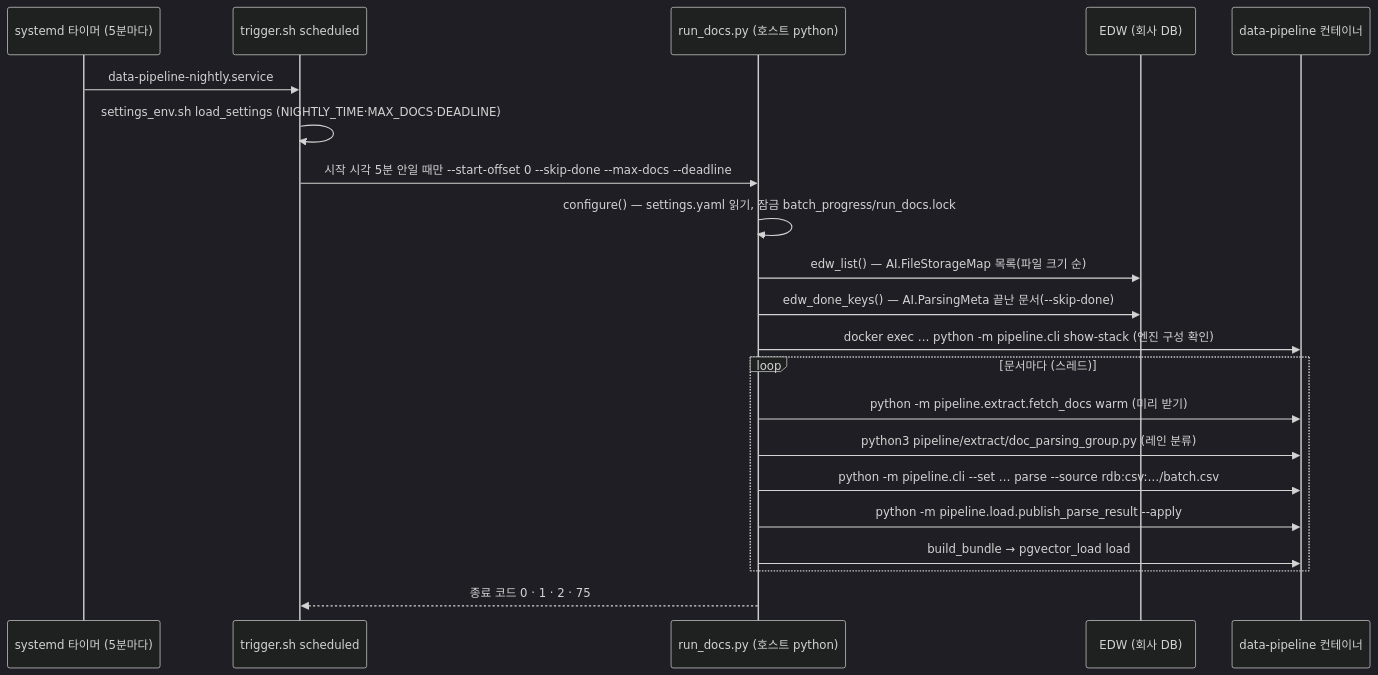
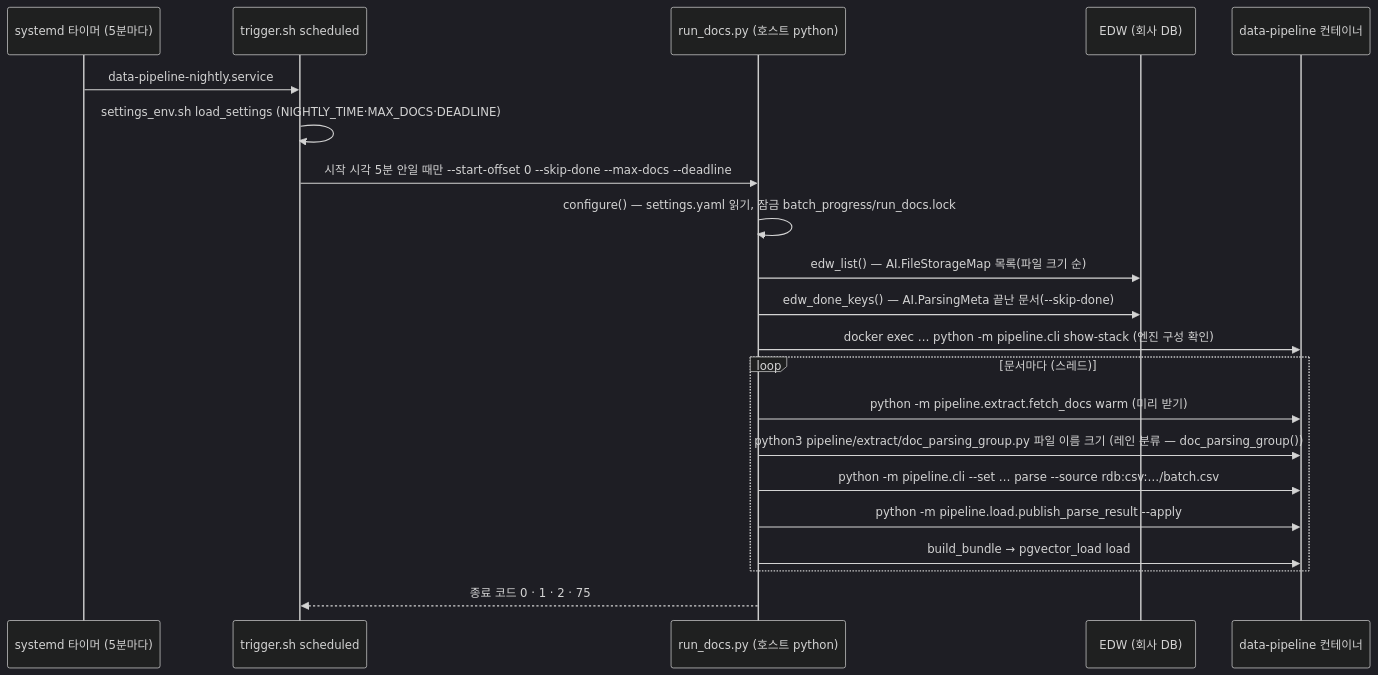
Before and after one commit to gigasamba/sbl_data_parsing: the second of 11 diagrams in docs/architecture/parse_flow.md, drawn with Mermaid (dark theme). The commit also changed other lines of this file, not shown here.

````diff
--- a/docs/architecture/parse_flow.md
+++ b/docs/architecture/parse_flow.md
@@ -33,23 +33,23 @@
 ```mermaid
 sequenceDiagram
     participant T as systemd 타이머 (5분마다)
     participant S as trigger.sh scheduled
     participant R as run_docs.py (호스트 python)
     participant E as EDW (회사 DB)
     participant C as data-pipeline 컨테이너
     T->>S: data-pipeline-nightly.service
     S->>S: settings_env.sh load_settings (NIGHTLY_TIME·MAX_DOCS·DEADLINE)
     S->>R: 시작 시각 5분 안일 때만 --start-offset 0 --skip-done --max-docs --deadline
     R->>R: configure() — settings.yaml 읽기, 잠금 batch_progress/run_docs.lock
     R->>E: edw_list() — AI.FileStorageMap 목록(파일 크기 순)
     R->>E: edw_done_keys() — AI.ParsingMeta 끝난 문서(--skip-done)
     R->>C: docker exec … python -m pipeline.cli show-stack (엔진 구성 확인)
     loop 문서마다 (스레드)
         R->>C: python -m pipeline.extract.fetch_docs warm (미리 받기)
-        R->>C: python3 pipeline/extract/doc_parsing_group.py (레인 분류)
+        R->>C: python3 pipeline/extract/doc_parsing_group.py 파일 이름 크기 (레인 분류 — doc_parsing_group())
         R->>C: python -m pipeline.cli --set … parse --source rdb:csv:…/batch.csv
         R->>C: python -m pipeline.load.publish_parse_result --apply
         R->>C: build_bundle → pgvector_load load
     end
     R-->>S: 종료 코드 0 · 1 · 2 · 75
 ```
````
